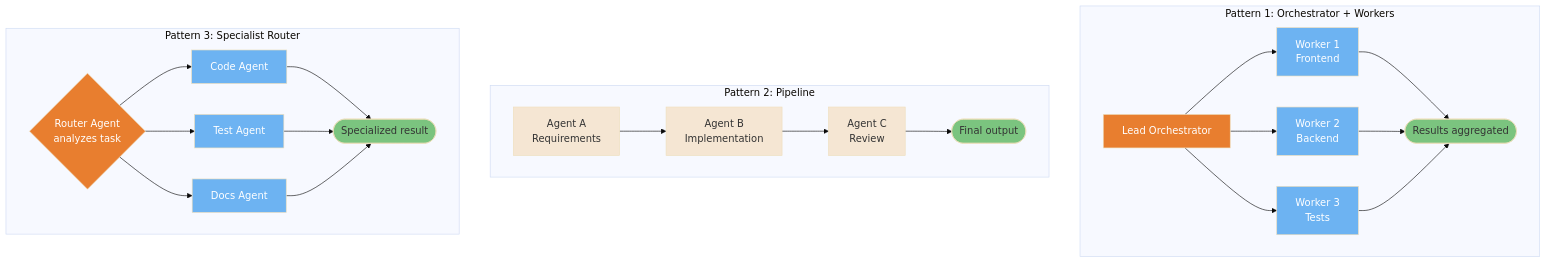
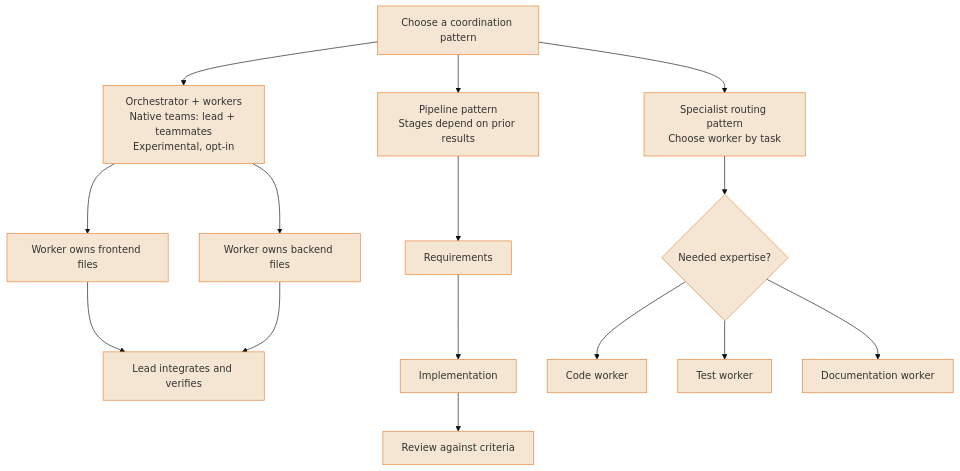
Before and after one commit to FlorianBruniaux/claude-code-ultimate-guide: the first of 6 diagrams in guide/diagrams/07-multi-agent-patterns.md, drawn with Mermaid (base theme). The commit also changed other lines of this file and 17 other files, not shown here.

Commit message:
docs: refresh all diagrams and correct their source guidance

````diff
--- a/guide/diagrams/07-multi-agent-patterns.md
+++ b/guide/diagrams/07-multi-agent-patterns.md
@@ -17,52 +17,32 @@
 ```mermaid
 flowchart TD
-    subgraph ORCH["Pattern 1: Orchestrator + Workers"]
-        OL[Lead Orchestrator] --> OW1[Worker 1<br/>Frontend]
-        OL --> OW2[Worker 2<br/>Backend]
-        OL --> OW3[Worker 3<br/>Tests]
-        OW1 & OW2 & OW3 --> OR([Results aggregated])
-    end
-
-    subgraph PIPE["Pattern 2: Pipeline"]
-        PA[Agent A<br/>Requirements] --> PB[Agent B<br/>Implementation]
-        PB --> PC[Agent C<br/>Review]
-        PC --> PD([Final output])
-    end
-
-    subgraph ROUTE["Pattern 3: Specialist Router"]
-        RR{Router Agent<br/>analyzes task} --> RC[Code Agent]
-        RR --> RT[Test Agent]
-        RR --> RD[Docs Agent]
-        RC & RT & RD --> RO([Specialized result])
-    end
-
-    style OL fill:#E87E2F,color:#fff
-    style OW1 fill:#6DB3F2,color:#fff
-    style OW2 fill:#6DB3F2,color:#fff
-    style OW3 fill:#6DB3F2,color:#fff
-    style OR fill:#7BC47F,color:#333
-    style PA fill:#F5E6D3,color:#333
-    style PB fill:#F5E6D3,color:#333
-    style PC fill:#F5E6D3,color:#333
-    style PD fill:#7BC47F,color:#333
-    style RR fill:#E87E2F,color:#fff
-    style RC fill:#6DB3F2,color:#fff
-    style RT fill:#6DB3F2,color:#fff
-    style RD fill:#6DB3F2,color:#fff
-    style RO fill:#7BC47F,color:#333
-
-    click OL href "https://github.com/FlorianBruniaux/claude-code-ultimate-guide/blob/main/guide/workflows/agent-teams.md" "Lead Orchestrator"
-    click OW1 href "https://github.com/FlorianBruniaux/claude-code-ultimate-guide/blob/main/guide/workflows/agent-teams.md" "Worker: Frontend"
-    click OW2 href "https://github.com/FlorianBruniaux/claude-code-ultimate-guide/blob/main/guide/workflows/agent-teams.md" "Worker: Backend"
-    click OW3 href "https://github.com/FlorianBruniaux/claude-code-ultimate-guide/blob/main/guide/workflows/agent-teams.md" "Worker: Tests"
-    click OR href "https://github.com/FlorianBruniaux/claude-code-ultimate-guide/blob/main/guide/workflows/agent-teams.md" "Results aggregated"
-    click PA href "https://github.com/FlorianBruniaux/claude-code-ultimate-guide/blob/main/guide/workflows/agent-teams.md" "Agent A: Requirements"
-    click PB href "https://github.com/FlorianBruniaux/claude-code-ultimate-guide/blob/main/guide/workflows/agent-teams.md" "Agent B: Implementation"
-    click PC href "https://github.com/FlorianBruniaux/claude-code-ultimate-guide/blob/main/guide/workflows/agent-teams.md" "Agent C: Review"
-    click PD href "https://github.com/FlorianBruniaux/claude-code-ultimate-guide/blob/main/guide/workflows/agent-teams.md" "Final output"
-    click RR href "https://github.com/FlorianBruniaux/claude-code-ultimate-guide/blob/main/guide/workflows/agent-teams.md" "Router Agent"
-    click RC href "https://github.com/FlorianBruniaux/claude-code-ultimate-guide/blob/main/guide/workflows/agent-teams.md" "Code Agent"
-    click RT href "https://github.com/FlorianBruniaux/claude-code-ultimate-guide/blob/main/guide/workflows/agent-teams.md" "Test Agent"
-    click RD href "https://github.com/FlorianBruniaux/claude-code-ultimate-guide/blob/main/guide/workflows/agent-teams.md" "Docs Agent"
-    click RO href "https://github.com/FlorianBruniaux/claude-code-ultimate-guide/blob/main/guide/workflows/agent-teams.md" "Specialized result"
+    CHOOSE["Choose a coordination pattern"] --> ORCH["Orchestrator + workers<br/>Native teams: lead + teammates<br/>Experimental, opt-in"]
+    CHOOSE --> PIPE["Pipeline pattern<br/>Stages depend on prior results"]
+    CHOOSE --> ROUTE["Specialist routing pattern<br/>Choose worker by task"]
+    ORCH --> FRONT["Worker owns frontend files"]
+    ORCH --> BACK["Worker owns backend files"]
+    FRONT --> INTEG["Lead integrates and verifies"]
+    BACK --> INTEG
+    PIPE --> REQ["Requirements"]
+    REQ --> IMPL["Implementation"]
+    IMPL --> REVIEW["Review against criteria"]
+    ROUTE --> SELECT{"Needed expertise?"}
+    SELECT --> CODE["Code worker"]
+    SELECT --> TEST["Test worker"]
+    SELECT --> DOC["Documentation worker"]
+    classDef default fill:#F5E6D3,color:#333,stroke:#E87E2F
+    click CHOOSE href "https://github.com/FlorianBruniaux/claude-code-ultimate-guide/blob/main/guide/workflows/agent-teams.md" "View this pattern in the guide"
+    click ORCH href "https://github.com/FlorianBruniaux/claude-code-ultimate-guide/blob/main/guide/workflows/agent-teams.md" "View this pattern in the guide"
+    click PIPE href "https://github.com/FlorianBruniaux/claude-code-ultimate-guide/blob/main/guide/workflows/agent-teams.md" "View this pattern in the guide"
+    click ROUTE href "https://github.com/FlorianBruniaux/claude-code-ultimate-guide/blob/main/guide/workflows/agent-teams.md" "View this pattern in the guide"
+    click FRONT href "https://github.com/FlorianBruniaux/claude-code-ultimate-guide/blob/main/guide/workflows/agent-teams.md" "View this pattern in the guide"
+    click BACK href "https://github.com/FlorianBruniaux/claude-code-ultimate-guide/blob/main/guide/workflows/agent-teams.md" "View this pattern in the guide"
+    click INTEG href "https://github.com/FlorianBruniaux/claude-code-ultimate-guide/blob/main/guide/workflows/agent-teams.md" "View this pattern in the guide"
+    click REQ href "https://github.com/FlorianBruniaux/claude-code-ultimate-guide/blob/main/guide/workflows/agent-teams.md" "View this pattern in the guide"
+    click IMPL href "https://github.com/FlorianBruniaux/claude-code-ultimate-guide/blob/main/guide/workflows/agent-teams.md" "View this pattern in the guide"
+    click REVIEW href "https://github.com/FlorianBruniaux/claude-code-ultimate-guide/blob/main/guide/workflows/agent-teams.md" "View this pattern in the guide"
+    click SELECT href "https://github.com/FlorianBruniaux/claude-code-ultimate-guide/blob/main/guide/workflows/agent-teams.md" "View this pattern in the guide"
+    click CODE href "https://github.com/FlorianBruniaux/claude-code-ultimate-guide/blob/main/guide/workflows/agent-teams.md" "View this pattern in the guide"
+    click TEST href "https://github.com/FlorianBruniaux/claude-code-ultimate-guide/blob/main/guide/workflows/agent-teams.md" "View this pattern in the guide"
+    click DOC href "https://github.com/FlorianBruniaux/claude-code-ultimate-guide/blob/main/guide/workflows/agent-teams.md" "View this pattern in the guide"
 ```
````
